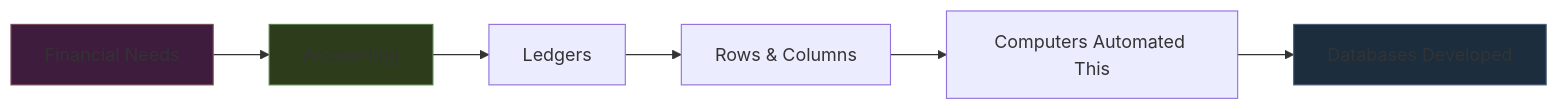
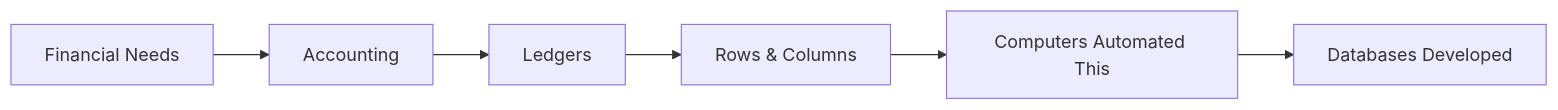
One commit to Yash-Kavaiya/The-System-Design-Masterclass changed the first of 9 diagrams in system design beginner/55. Relational Databases.md. Above: the diagram before and after it, drawn with Mermaid. The commit also changed other lines of this file, not shown here.

````diff
--- a/system design beginner/55. Relational Databases.md
+++ b/system design beginner/55. Relational Databases.md
@@ -22,12 +22,9 @@
 ```mermaid
 graph LR
     A[Financial Needs] --> B[Accounting]
     B --> C[Ledgers]
     C --> D[Rows & Columns]
     D --> E[Computers Automated This]
     E --> F[Databases Developed]
     
-    style A fill:#3d1c3d,stroke:#7c4a5c
-    style B fill:#2d3d1c,stroke:#5c7c4a
-    style F fill:#1c2d3d,stroke:#4a5c7c
 ```
````
